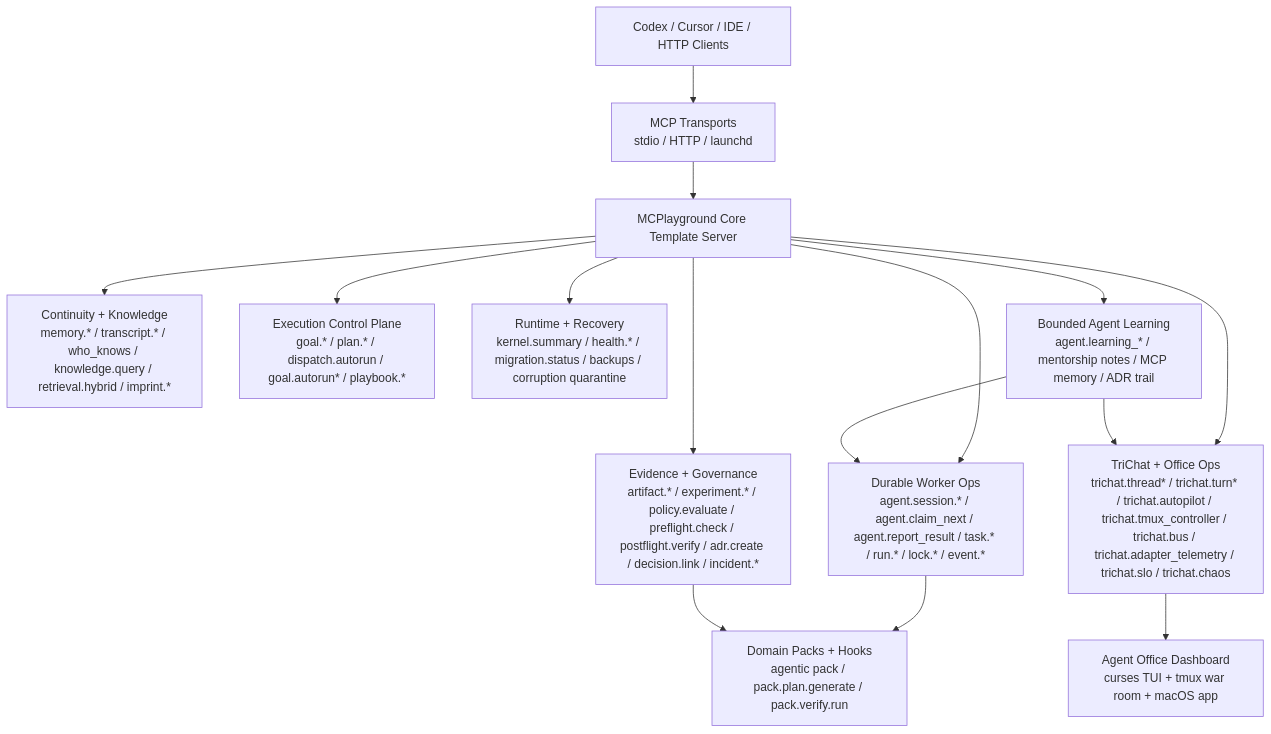
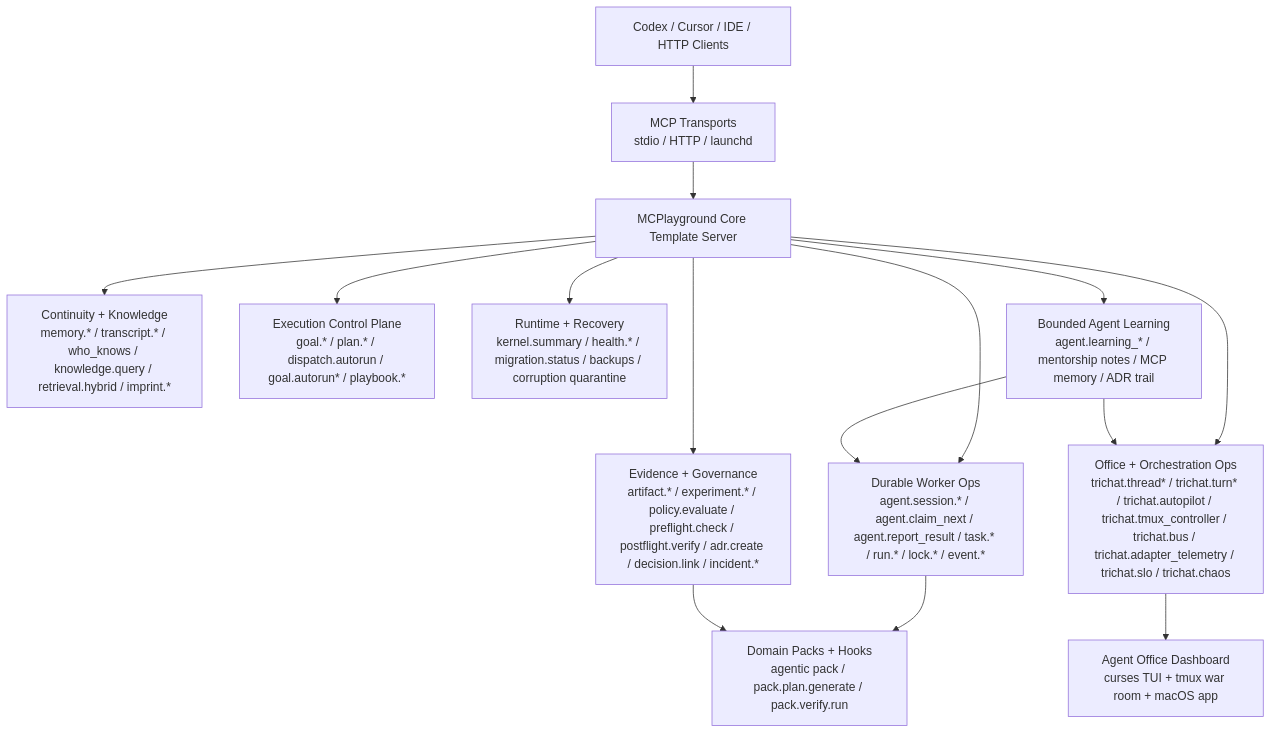
Before and after one commit to driverd12/MASTER-MOLD: the second of 7 diagrams in README.md, drawn with Mermaid. The commit also changed other lines of this file, not shown here.

````diff
--- a/README.md
+++ b/README.md
@@ -60,19 +72,19 @@
 ```mermaid
 flowchart TD
   Clients["Codex / Cursor / IDE / HTTP Clients"] --> Transport["MCP Transports<br/>stdio / HTTP / launchd"]
   Transport --> Kernel["MCPlayground Core Template Server"]
 
   Kernel --> Memory["Continuity + Knowledge<br/>memory.* / transcript.* / who_knows / knowledge.query / retrieval.hybrid / imprint.*"]
   Kernel --> Control["Execution Control Plane<br/>goal.* / plan.* / dispatch.autorun / goal.autorun* / playbook.*"]
   Kernel --> Worker["Durable Worker Ops<br/>agent.session.* / agent.claim_next / agent.report_result / task.* / run.* / lock.* / event.*"]
   Kernel --> Evidence["Evidence + Governance<br/>artifact.* / experiment.* / policy.evaluate / preflight.check / postflight.verify / adr.create / decision.link / incident.*"]
-  Kernel --> Office["TriChat + Office Ops<br/>trichat.thread* / trichat.turn* / trichat.autopilot / trichat.tmux_controller / trichat.bus / trichat.adapter_telemetry / trichat.slo / trichat.chaos"]
+  Kernel --> Office["Office + Orchestration Ops<br/>trichat.thread* / trichat.turn* / trichat.autopilot / trichat.tmux_controller / trichat.bus / trichat.adapter_telemetry / trichat.slo / trichat.chaos"]
   Kernel --> Health["Runtime + Recovery<br/>kernel.summary / health.* / migration.status / backups / corruption quarantine"]
   Kernel --> Learning["Bounded Agent Learning<br/>agent.learning_* / mentorship notes / MCP memory / ADR trail"]
 
   Office --> Dashboard["Agent Office Dashboard<br/>curses TUI + tmux war room + macOS app"]
   Worker --> Packs["Domain Packs + Hooks<br/>agentic pack / pack.plan.generate / pack.verify.run"]
   Evidence --> Packs
   Learning --> Office
   Learning --> Worker
 ```
````
